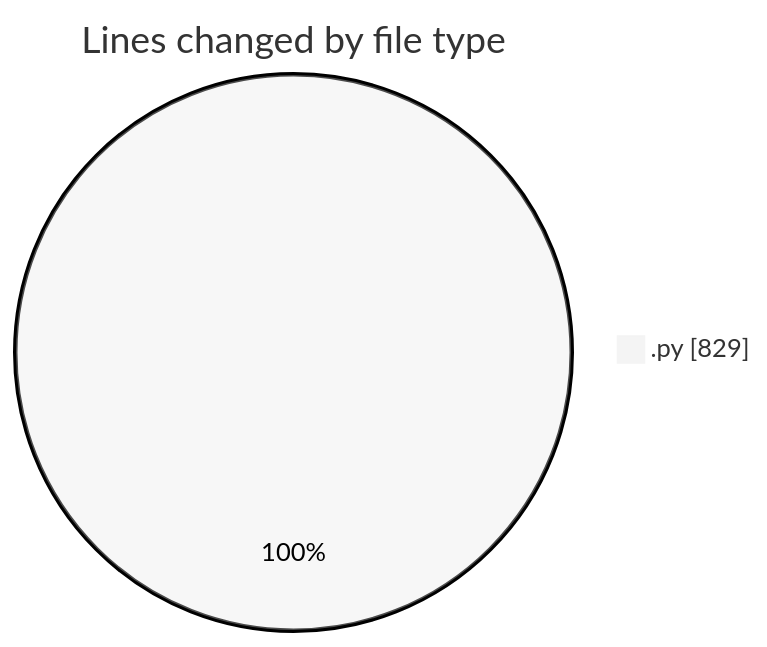
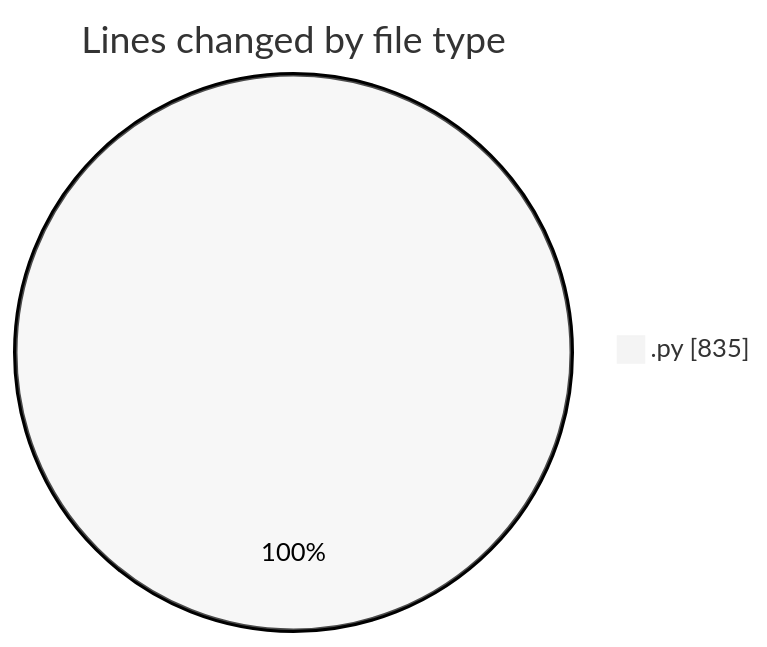
One commit to MatusMokan/code-tracking changed the first of 2 diagrams in 2025-01-12/myws__workspace_/README.md. Above: the diagram before and after it, drawn with Mermaid (neutral theme). The commit also changed other lines of this file and 1 other file, not shown here.

````diff
--- a/2025-01-12/myws__workspace_/README.md
+++ b/2025-01-12/myws__workspace_/README.md
@@ -22,5 +22,5 @@
 ```mermaid
 pie showData
 title Lines changed by file type
-".py" : 829
+".py" : 835
 ```
````
